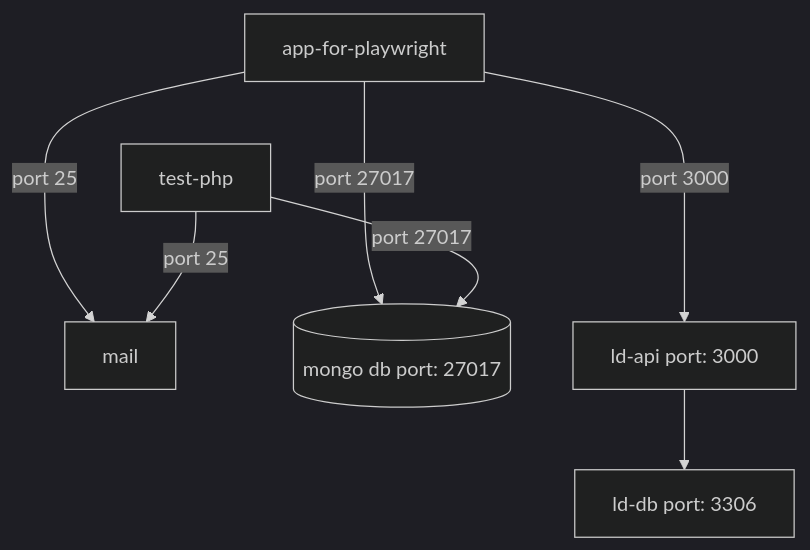
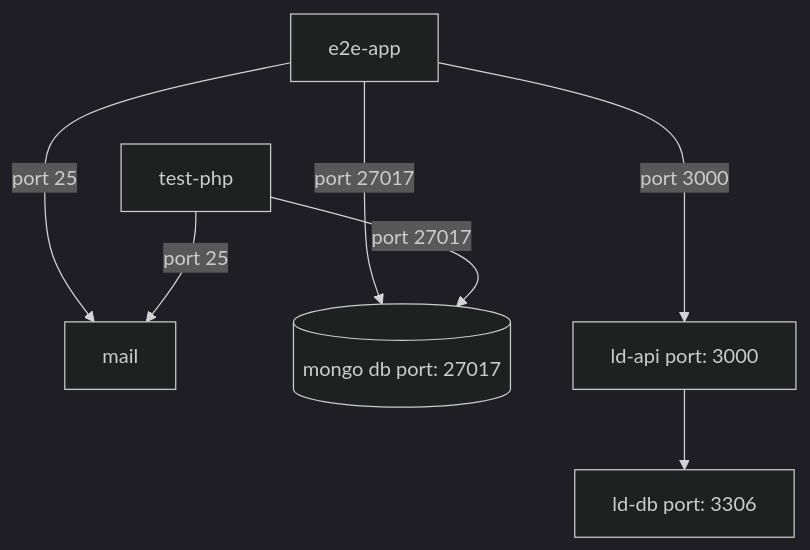
One commit to sillsdev/web-languageforge changed the second of 2 diagrams in docs/DIAGRAM.md. Above: the diagram before and after it, drawn with Mermaid (dark theme). The commit also changed 46 other files, not shown here.

````diff
--- a/docs/DIAGRAM.md
+++ b/docs/DIAGRAM.md
@@ -52,20 +52,20 @@
 ```mermaid
 %%{init: {'flowchart': {'curve': 'basis'}}}%%
 flowchart TB
 
     mail
     db[(mongo db port: 27017)]
     ld-db[ld-db port: 3306]
     ld-api[ld-api port: 3000]
     ld-api --> ld-db
 
-    app-for-playwright
-    app-for-playwright -- port 27017 ---> db
-    app-for-playwright -- port 25 ---> mail
-    app-for-playwright -- port 3000 ---> ld-api
+    e2e-app
+    e2e-app -- port 27017 ---> db
+    e2e-app -- port 25 ---> mail
+    e2e-app -- port 3000 ---> ld-api
 
     test-php
     test-php -- port 27017 --> db
     test-php -- port 25 --> mail
 
 ```
````
